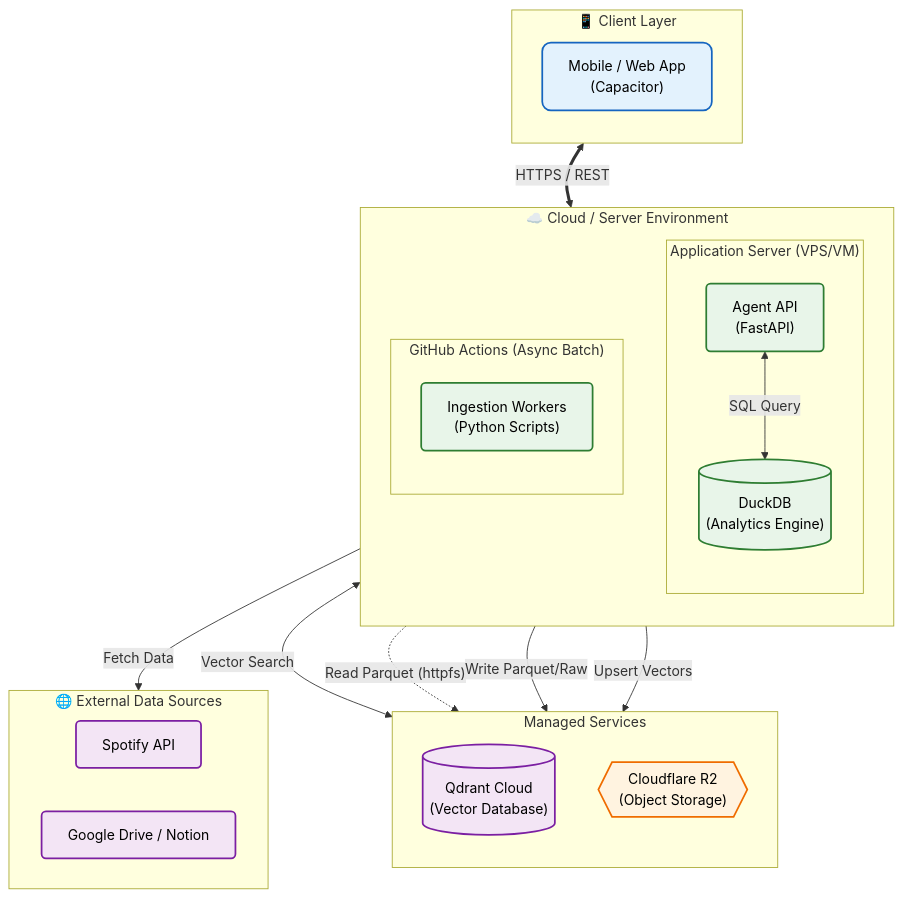
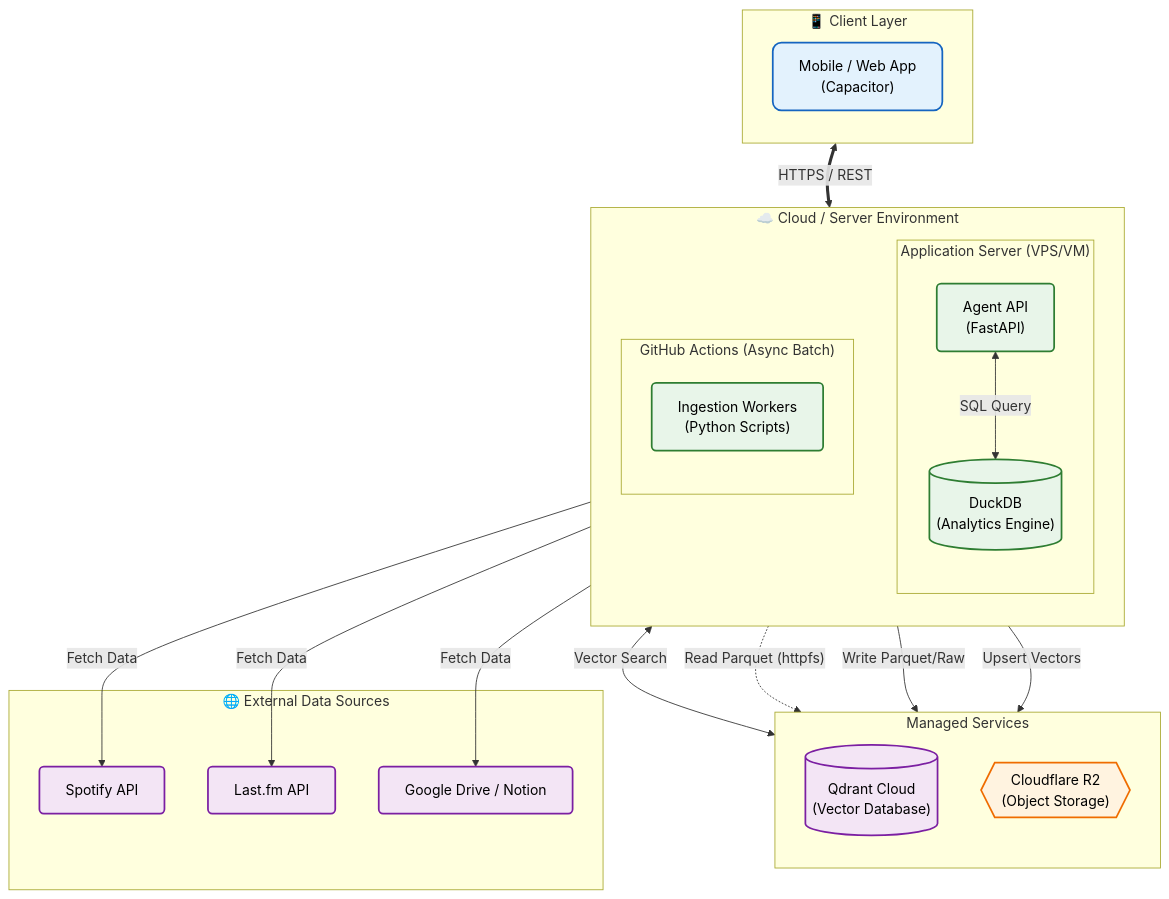
One commit to endo-ava/ego-graph changed the diagram in docs/10.architecture/1000_architecture_overview.md. Above: the diagram before and after it, drawn with Mermaid. The commit also changed 11 other files, not shown here.

````diff
--- a/docs/10.architecture/1000_architecture_overview.md
+++ b/docs/10.architecture/1000_architecture_overview.md
@@ -7,57 +7,60 @@
 ```mermaid
 flowchart TB
     %% Styles
     classDef client fill:#e3f2fd,stroke:#1565c0,stroke-width:2px,color:black,rx:10,ry:10;
     classDef server fill:#e8f5e9,stroke:#2e7d32,stroke-width:2px,color:black,rx:5,ry:5;
     classDef storage fill:#fff3e0,stroke:#ef6c00,stroke-width:2px,color:black,shape:cyl;
     classDef external fill:#f3e5f5,stroke:#7b1fa2,stroke-width:2px,color:black,rx:5,ry:5;
     classDef process fill:#fff,stroke:#666,stroke-width:1px,stroke-dasharray: 5 5,color:#666;
 
     subgraph ClientLayer ["📱 Client Layer"]
         direction TB
         MobileApp["Mobile / Web App\n(Capacitor)"]:::client
     end
 
     subgraph CloudEnv ["☁️ Cloud / Server Environment"]
         direction TB
         
         subgraph AppLayer ["Application Server (VPS/VM)"]
             direction TB
             AgentAPI["Agent API\n(FastAPI)"]:::server
             DuckDB[("DuckDB\n(Analytics Engine)")]:::server
         end
 
         subgraph IngestionLayer ["GitHub Actions (Async Batch)"]
             direction TB
             GHA["Ingestion Workers\n(Python Scripts)"]:::server
         end
     end
 
     subgraph ManagedServices ["Managed Services"]
         direction TB
         Qdrant[("Qdrant Cloud\n(Vector Database)")]:::external
         R2{{"Cloudflare R2\n(Object Storage)"}}:::storage
     end
 
     subgraph DataSources ["🌐 External Data Sources"]
         Spotify["Spotify API"]:::external
+        LastFm["Last.fm API"]:::external
         Docs["Google Drive / Notion"]:::external
     end
 
     %% Connectivity
     MobileApp <==>|"HTTPS / REST"| AgentAPI
     
     AgentAPI <-->|"SQL Query"| DuckDB
     AgentAPI <-->|"Vector Search"| Qdrant
     
     DuckDB -.->|"Read Parquet (httpfs)"| R2
     
-    GHA -->|"Fetch Data"| DataSources
+    GHA -->|"Fetch Data"| Spotify
+    GHA -->|"Fetch Data"| LastFm
+    GHA -->|"Fetch Data"| Docs
     GHA -->|"Write Parquet/Raw"| R2
     GHA -->|"Upsert Vectors"| Qdrant
     
     %% Layout Positioning
     MobileApp ~~~ AgentAPI
     AgentAPI ~~~ Qdrant
     GHA ~~~ R2
 ```
````
